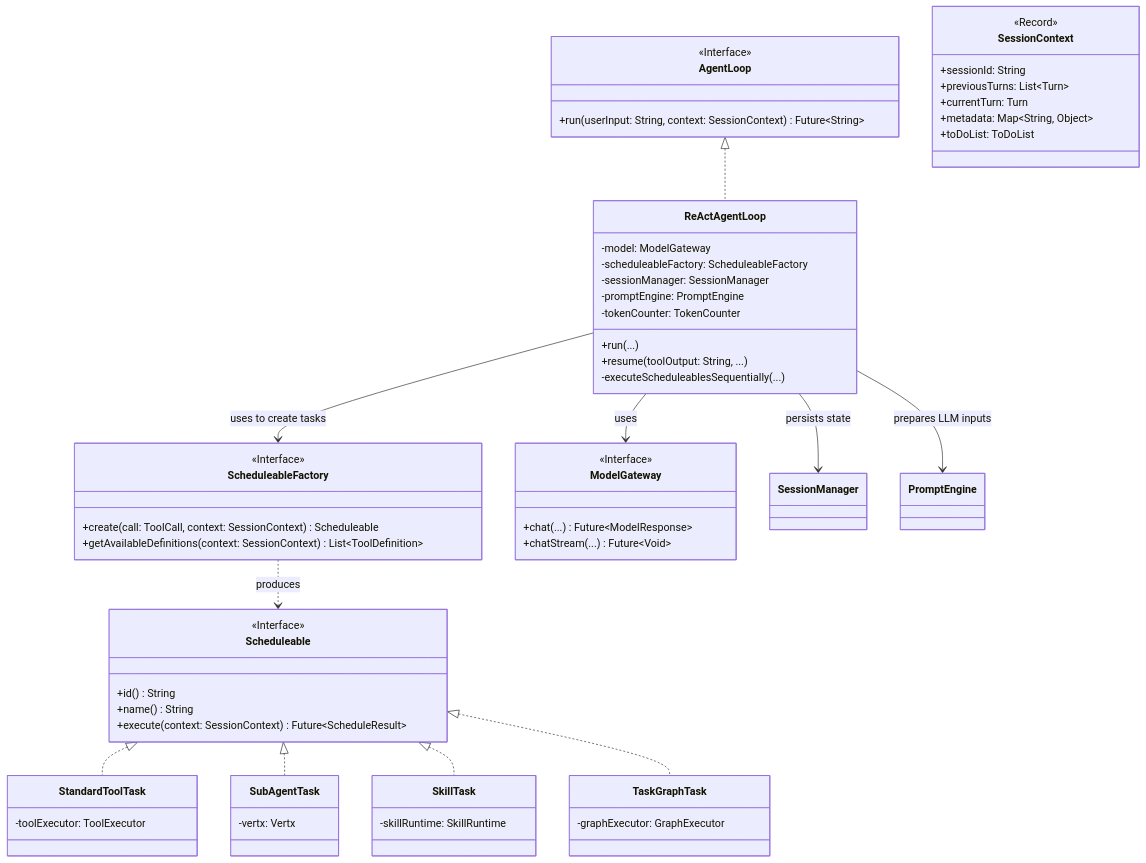
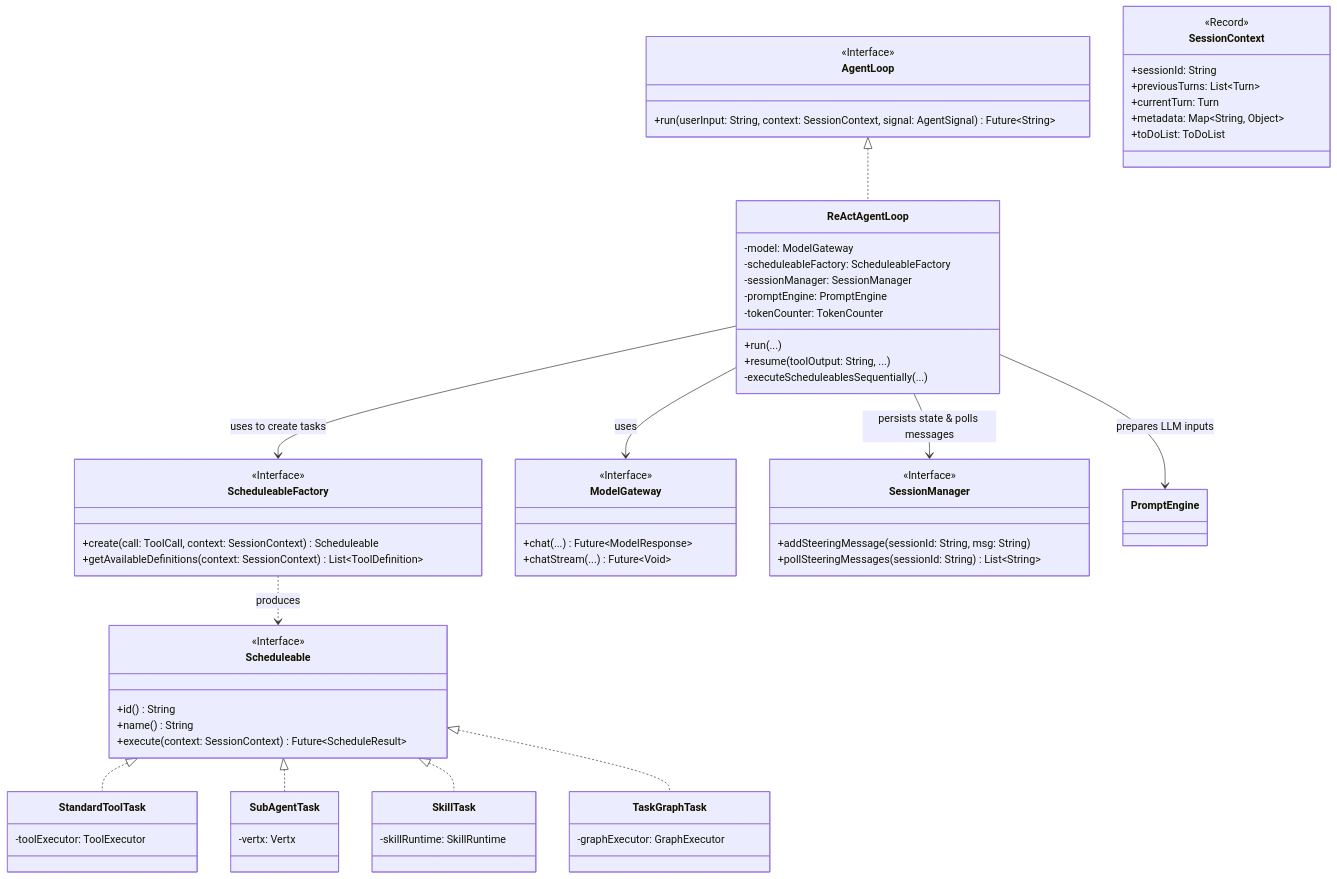
The first of 3 diagrams in docs/CORE_KERNEL_DESIGN.md (stream-iori/ganglia), drawn with Mermaid before and after one commit. The commit also changed other lines of this file and 9 other files, not shown here.

````diff
--- a/docs/CORE_KERNEL_DESIGN.md
+++ b/docs/CORE_KERNEL_DESIGN.md
@@ -13,73 +13,79 @@
 ```mermaid
 classDiagram
     class AgentLoop {
         <<Interface>>
-        +run(userInput: String, context: SessionContext) Future~String~
+        +run(userInput: String, context: SessionContext, signal: AgentSignal) Future~String~
     }
     
     class ReActAgentLoop {
         -model: ModelGateway
         -scheduleableFactory: ScheduleableFactory
         -sessionManager: SessionManager
         -promptEngine: PromptEngine
         -tokenCounter: TokenCounter
         +run(...)
         +resume(toolOutput: String, ...)
         -executeScheduleablesSequentially(...)
     }
     
     AgentLoop <|.. ReActAgentLoop
     
     class ScheduleableFactory {
         <<Interface>>
         +create(call: ToolCall, context: SessionContext) Scheduleable
         +getAvailableDefinitions(context: SessionContext) List~ToolDefinition~
     }
 
     class Scheduleable {
         <<Interface>>
         +id() String
         +name() String
         +execute(context: SessionContext) Future~ScheduleResult~
     }
 
     class StandardToolTask {
         -toolExecutor: ToolExecutor
     }
     class SubAgentTask {
         -vertx: Vertx
     }
     class SkillTask {
         -skillRuntime: SkillRuntime
     }
     class TaskGraphTask {
         -graphExecutor: GraphExecutor
     }
 
     Scheduleable <|.. StandardToolTask
     Scheduleable <|.. SubAgentTask
     Scheduleable <|.. SkillTask
     Scheduleable <|.. TaskGraphTask
 
     ReActAgentLoop --> ScheduleableFactory : uses to create tasks
     ScheduleableFactory ..> Scheduleable : produces
     
     class ModelGateway {
         <<Interface>>
         +chat(...) Future~ModelResponse~
         +chatStream(...) Future~Void~
     }
     
     class SessionContext {
         <<Record>>
         +sessionId: String
         +previousTurns: List~Turn~
         +currentTurn: Turn
         +metadata: Map~String, Object~
         +toDoList: ToDoList
     }
 
+    class SessionManager {
+        <<Interface>>
+        +addSteeringMessage(sessionId: String, msg: String)
+        +pollSteeringMessages(sessionId: String) List~String~
+    }
+
     ReActAgentLoop --> ModelGateway : uses
-    ReActAgentLoop --> SessionManager : persists state
+    ReActAgentLoop --> SessionManager : persists state & polls messages
     ReActAgentLoop --> PromptEngine : prepares LLM inputs
 ```
````
